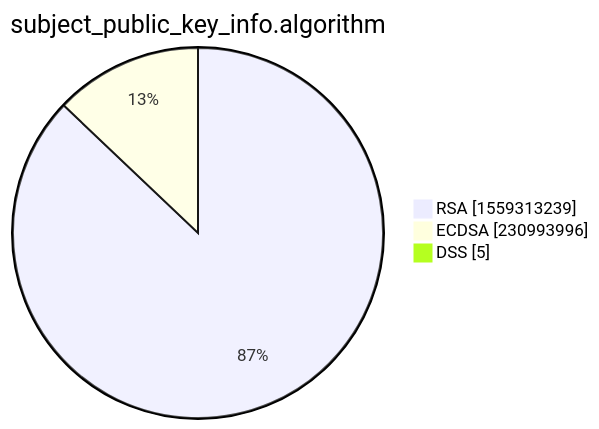
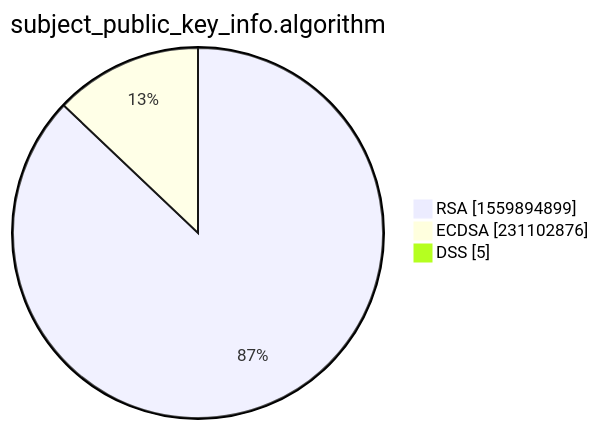
The third of 15 diagrams in xenon2022/README.md (christiankrug/ctmonitor_visualization), drawn with Mermaid before and after one commit. The commit also changed other lines of this file, not shown here.

````diff
--- a/xenon2022/README.md
+++ b/xenon2022/README.md
@@ -14,7 +14,7 @@
 ```mermaid
 pie showData
 title subject_public_key_info.algorithm
-"RSA" :1559313239
-"ECDSA" :230993996
+"RSA" :1559894899
+"ECDSA" :231102876
 "DSS" :5
 ```
````
